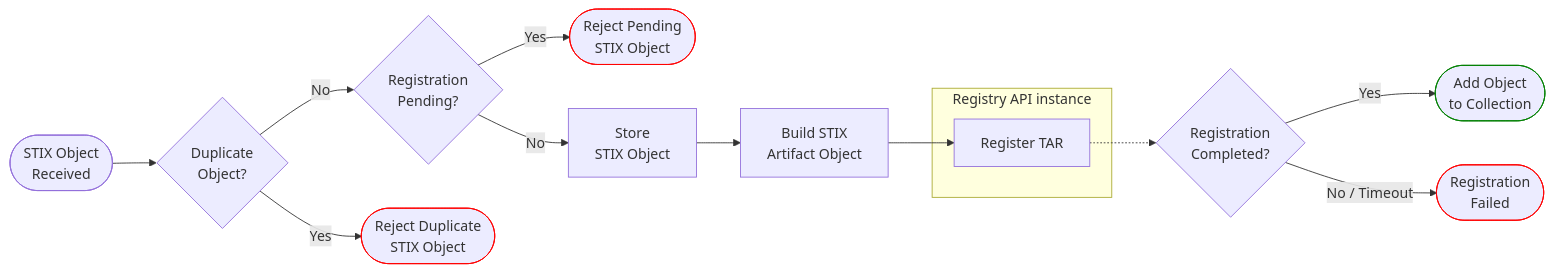
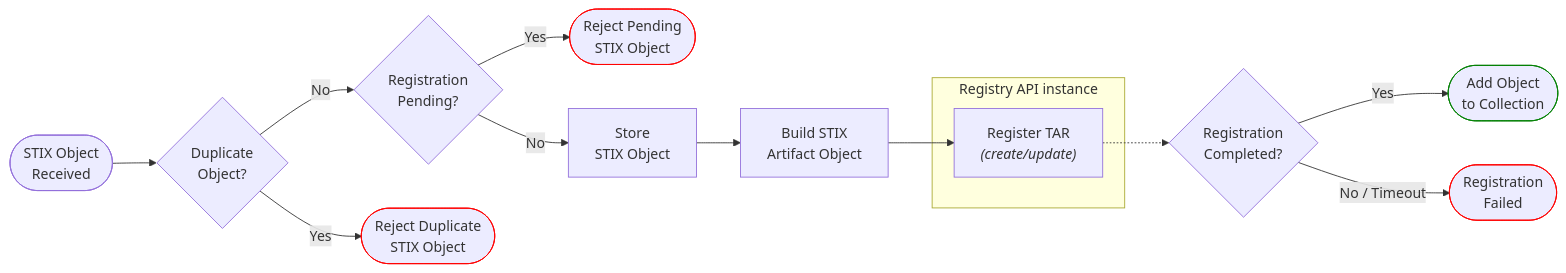
One commit to compellio/bcbcti changed the second of 2 diagrams in docs/architecture.md. Above: the diagram before and after it, drawn with Mermaid. The commit also changed other lines of this file, not shown here.

````diff
--- a/docs/architecture.md
+++ b/docs/architecture.md
@@ -21,39 +88,39 @@
 ```mermaid
 flowchart LR
     %% STIX Object handling flow
 
     classDef failure stroke:red
     classDef success stroke:green
 
     Request(["STIX Object <br/>Received"])
 
     Duplicate?{"Duplicate <br/>Object?"}
     Pending?{"Registration <br/>Pending?"}
     
     RejectDuplicate(["Reject Duplicate <br/>STIX Object"]):::failure
     RejectPending(["Reject Pending <br/>STIX Object"]):::failure
     Failure(["Registration <br/>Failed"]):::failure
     Success(["Add Object <br/>to Collection"]):::success
     
     Store["Store <br/>STIX Object"]
     Artifact["Build STIX <br/>Artifact Object"]
     
     Confirmed?{"Registration<br/>Completed?"}
  
     subgraph Registry API instance
-        Register["Register TAR"]
+        Register["`Register TAR <br/>_(create/update)_`"]
     end
     
     Request --> Duplicate?
         Duplicate? -->|Yes| RejectDuplicate
         Duplicate? -->|No| Pending?
             Pending? -->|Yes| RejectPending
             Pending? -->|No| Store
                 Store --> Artifact
                 Artifact --> Register
     
     Register -.-> Confirmed?
     
     Confirmed? -->|Yes|Success
     Confirmed? -->|No / Timeout|Failure
 ```
````
